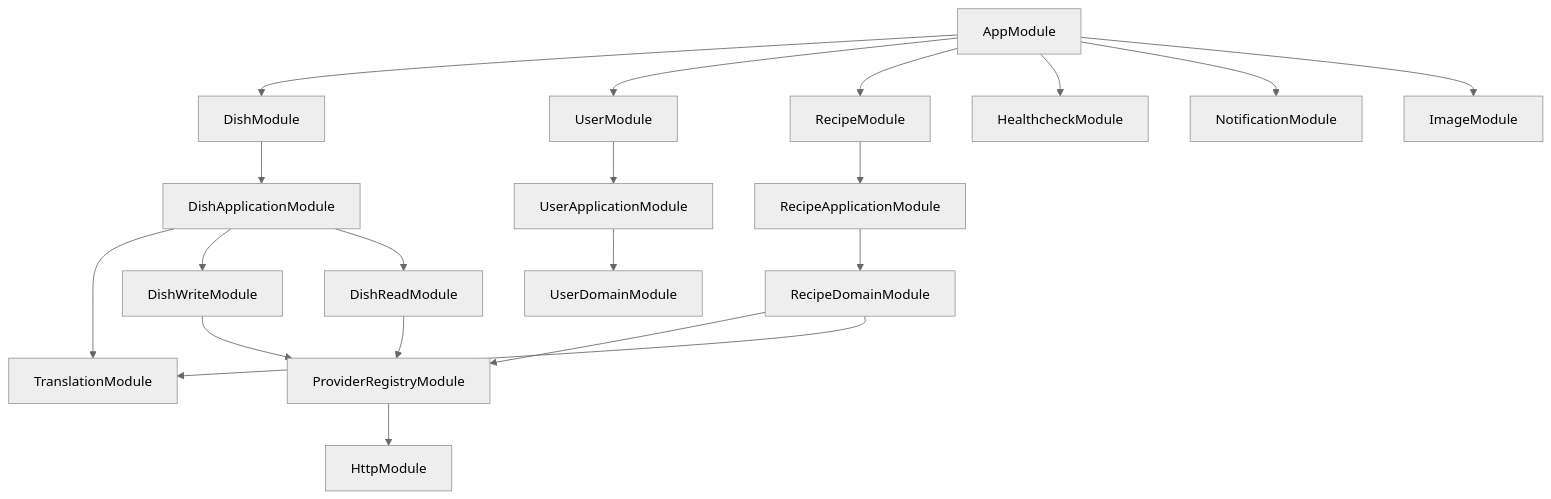
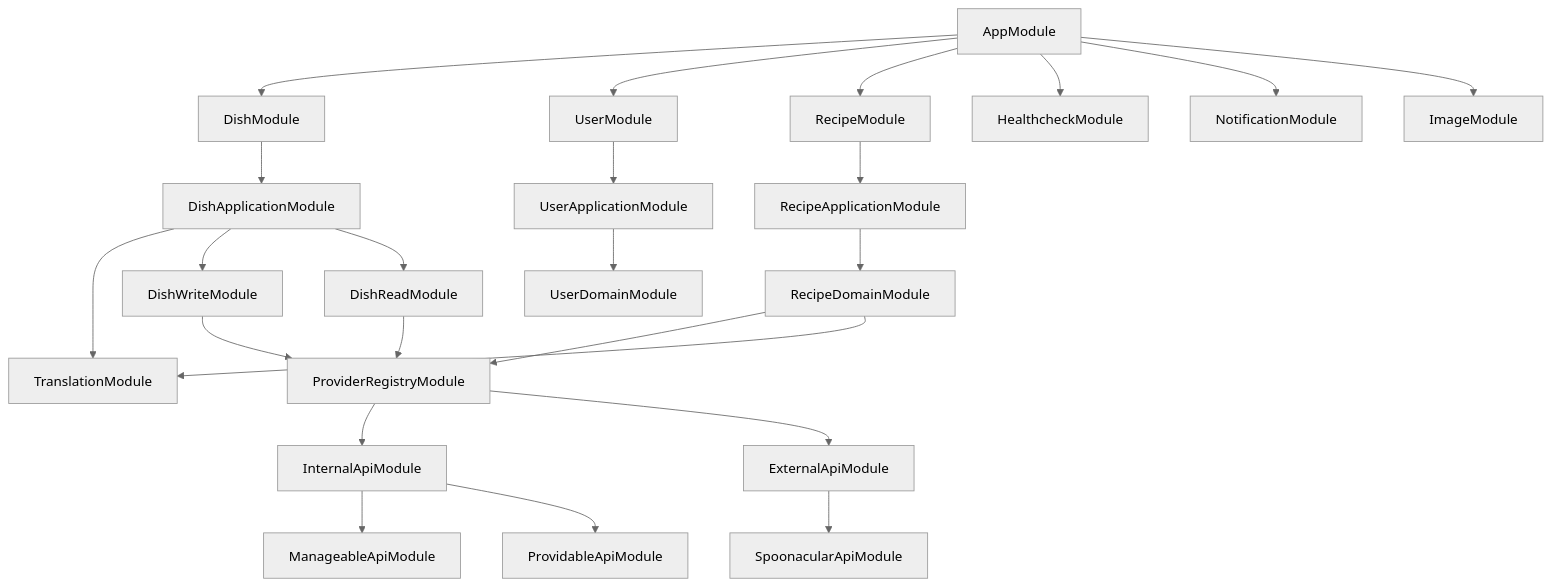
The diagram in docs/architecture/modules.md (mjkuranda/yummy-api-nestjs), drawn with Mermaid (neutral theme) before and after one commit. The commit also changed other lines of this file and 10 other files, not shown here.

````diff
--- a/docs/architecture/modules.md
+++ b/docs/architecture/modules.md
@@ -2,52 +2,60 @@
 ```mermaid
 graph TD
 
 %% AppModule
     AppModule --> DishModule
     AppModule --> UserModule
     AppModule --> RecipeModule
     AppModule --> HealthcheckModule
     AppModule --> NotificationModule
     AppModule --> ImageModule
 
 %% DishModule
     DishModule --> DishApplicationModule
 
 %% DishApplicationModule
     DishApplicationModule --> TranslationModule
     DishApplicationModule --> DishWriteModule
     DishApplicationModule --> DishReadModule
 
 %% DishWriteModule
     DishWriteModule --> ProviderRegistryModule
 
 %% DishReadModule
     DishReadModule --> ProviderRegistryModule
 
 %% ProviderRegistryModule
-    ProviderRegistryModule --> HttpModule
+    ProviderRegistryModule --> InternalApiModule
+    ProviderRegistryModule --> ExternalApiModule
+
+%% InternalApiModule
+    InternalApiModule --> ManageableApiModule
+    InternalApiModule --> ProvidableApiModule
+
+%% ExternalApiModule
+    ExternalApiModule --> SpoonacularApiModule
 
 %% IngredientModule
 
 %% NotificationModule
 
 %% ImageModule
 
 %% RecipeModule
     RecipeModule --> RecipeApplicationModule
 
 %% RecipeApplicationModule
     RecipeApplicationModule --> RecipeDomainModule
 
 %% RecipeDomainModule
     RecipeDomainModule --> ProviderRegistryModule
     RecipeDomainModule --> TranslationModule
 
 %% UserModule
     UserModule --> UserApplicationModule
     
 %% UserApplicationModule
     UserApplicationModule --> UserDomainModule
 
 %% MailManagerModule
 ```
````
